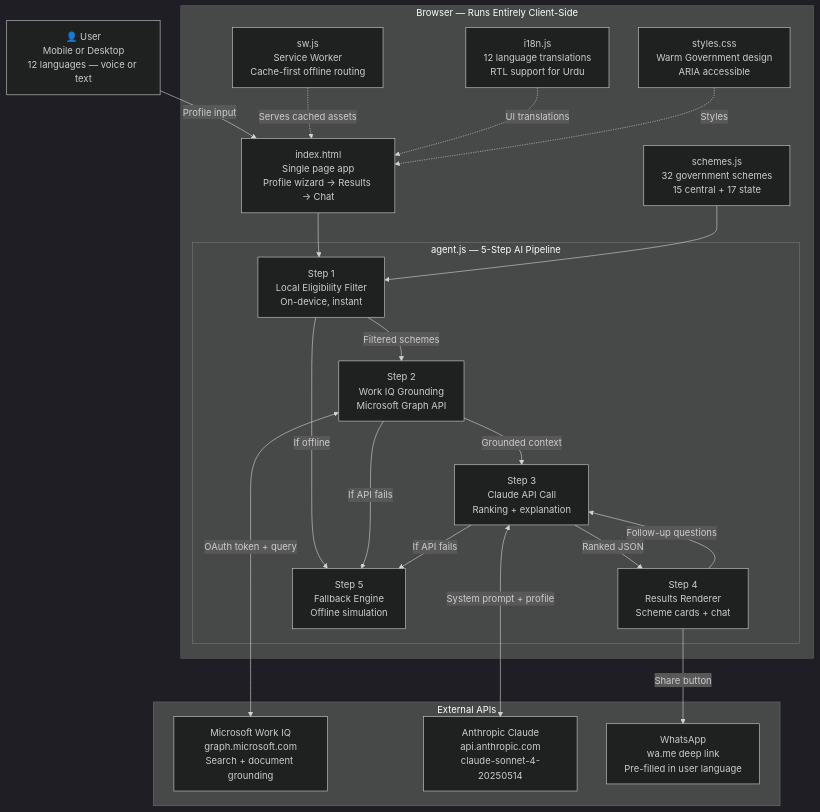
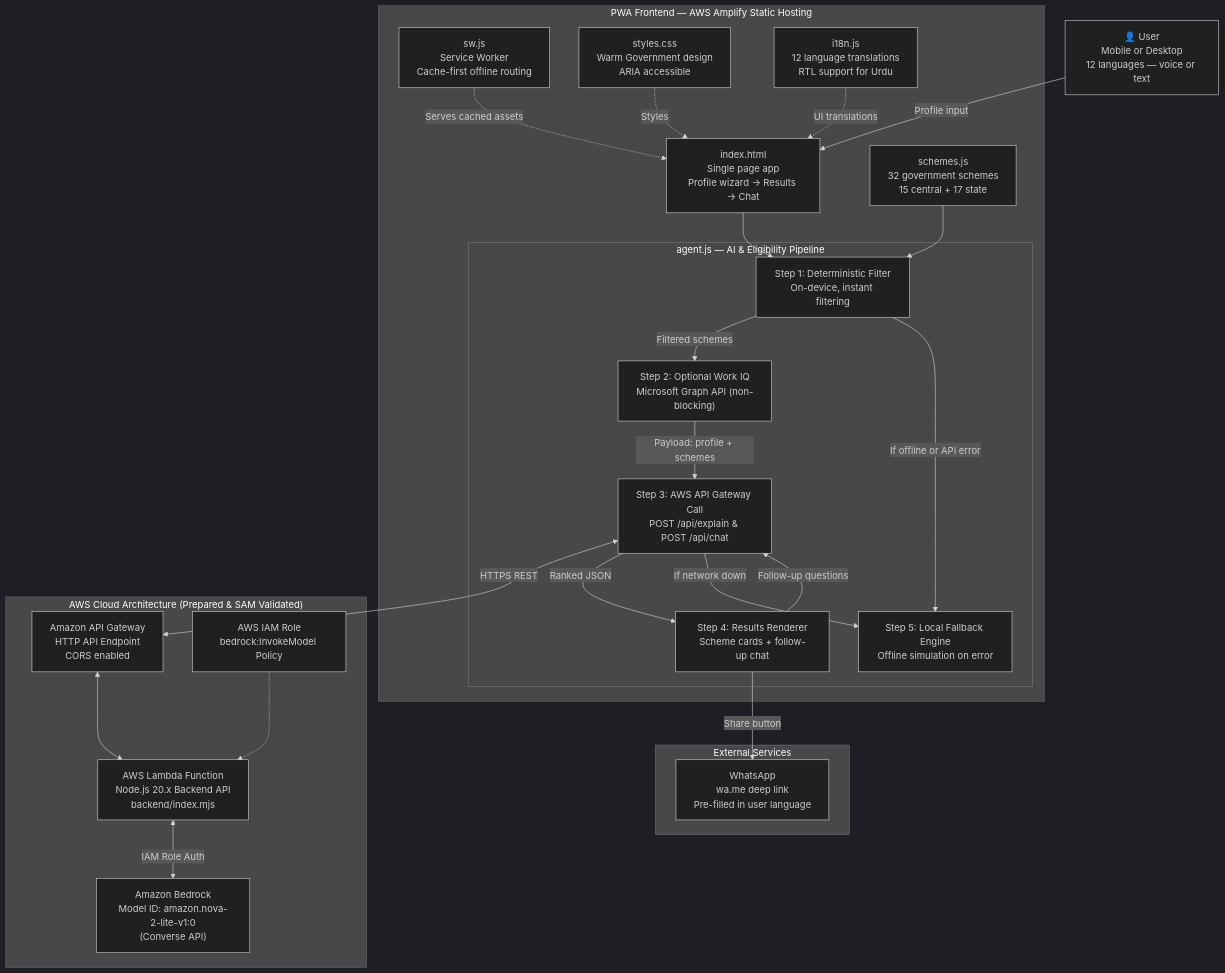
The diagram in architecture.md (red-coder-27/SchemeSaathi), drawn with Mermaid (dark theme) before and after one commit. The commit also changed other lines of this file and 13 other files, not shown here.

Commit message:
feat(aws): prepare SchemeSaathi for showcase deployment

````diff
--- a/architecture.md
+++ b/architecture.md
@@ -14,44 +16,50 @@
 ```mermaid
 flowchart TD
     USER["👤 User\nMobile or Desktop\n12 languages — voice or text"]
 
-    subgraph Browser ["Browser — Runs Entirely Client-Side"]
+    subgraph PWA ["PWA Frontend — AWS Amplify Static Hosting"]
         SW["sw.js\nService Worker\nCache-first offline routing"]
         HTML["index.html\nSingle page app\nProfile wizard → Results → Chat"]
         CSS["styles.css\nWarm Government design\nARIA accessible"]
         I18N["i18n.js\n12 language translations\nRTL support for Urdu"]
 
-        subgraph Agent ["agent.js — 5-Step AI Pipeline"]
-            STEP1["Step 1\nLocal Eligibility Filter\nOn-device, instant"]
-            STEP2["Step 2\nWork IQ Grounding\nMicrosoft Graph API"]
-            STEP3["Step 3\nClaude API Call\nRanking + explanation"]
-            STEP4["Step 4\nResults Renderer\nScheme cards + chat"]
-            STEP5["Step 5\nFallback Engine\nOffline simulation"]
+        subgraph Agent ["agent.js — AI & Eligibility Pipeline"]
+            STEP1["Step 1: Deterministic Filter\nOn-device, instant filtering"]
+            STEP2["Step 2: Optional Work IQ\nMicrosoft Graph API (non-blocking)"]
+            STEP3["Step 3: AWS API Gateway Call\nPOST /api/explain & POST /api/chat"]
+            STEP4["Step 4: Results Renderer\nScheme cards + follow-up chat"]
+            STEP5["Step 5: Local Fallback Engine\nOffline simulation on error"]
         end
 
         DB["schemes.js\n32 government schemes\n15 central + 17 state"]
     end
 
-    subgraph External ["External APIs"]
-        WORKIQ["Microsoft Work IQ\ngraph.microsoft.com\nSearch + document grounding"]
-        CLAUDE["Anthropic Claude\napi.anthropic.com\nclaude-sonnet-4-20250514"]
+    subgraph AWS ["AWS Cloud Architecture (Prepared & SAM Validated)"]
+        APIGW["Amazon API Gateway\nHTTP API Endpoint\nCORS enabled"]
+        LAMBDA["AWS Lambda Function\nNode.js 20.x Backend API\nbackend/index.mjs"]
+        IAM["AWS IAM Role\nbedrock:InvokeModel Policy"]
+        BEDROCK["Amazon Bedrock\nModel ID: amazon.nova-2-lite-v1:0\n(Converse API)"]
+    end
+
+    subgraph External ["External Services"]
         WHATSAPP["WhatsApp\nwa.me deep link\nPre-filled in user language"]
     end
 
     USER -->|Profile input| HTML
     HTML --> STEP1
     DB --> STEP1
     STEP1 -->|Filtered schemes| STEP2
-    STEP2 <-->|OAuth token + query| WORKIQ
-    STEP2 -->|Grounded context| STEP3
-    STEP3 <-->|System prompt + profile| CLAUDE
+    STEP2 -->|Payload: profile + schemes| STEP3
+    STEP3 <-->|HTTPS REST| APIGW
+    APIGW <--> LAMBDA
+    LAMBDA <-->|IAM Role Auth| BEDROCK
+    IAM -.-> LAMBDA
     STEP3 -->|Ranked JSON| STEP4
     STEP4 -->|Follow-up questions| STEP3
     STEP4 -->|Share button| WHATSAPP
-    STEP1 -->|If offline| STEP5
-    STEP2 -->|If API fails| STEP5
-    STEP3 -->|If API fails| STEP5
+    STEP1 -->|If offline or API error| STEP5
+    STEP3 -->|If network down| STEP5
     SW -.->|Serves cached assets| HTML
     I18N -.->|UI translations| HTML
     CSS -.->|Styles| HTML
 ```
````
